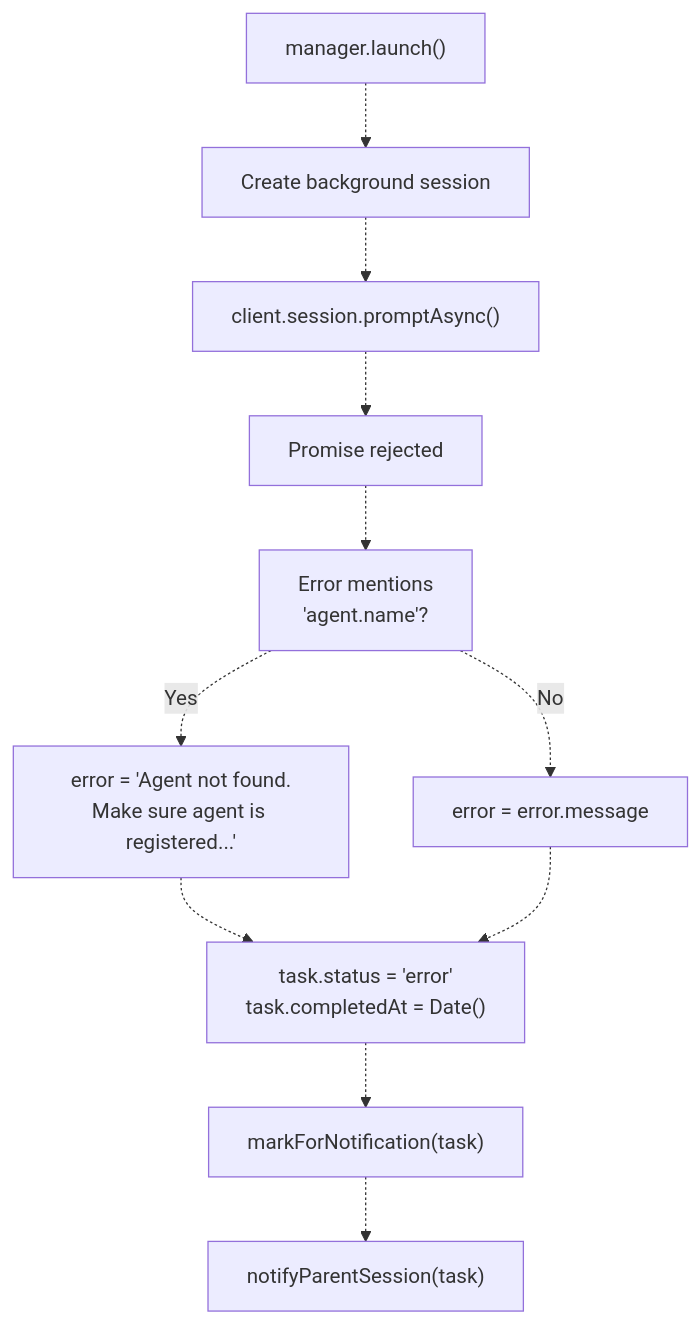
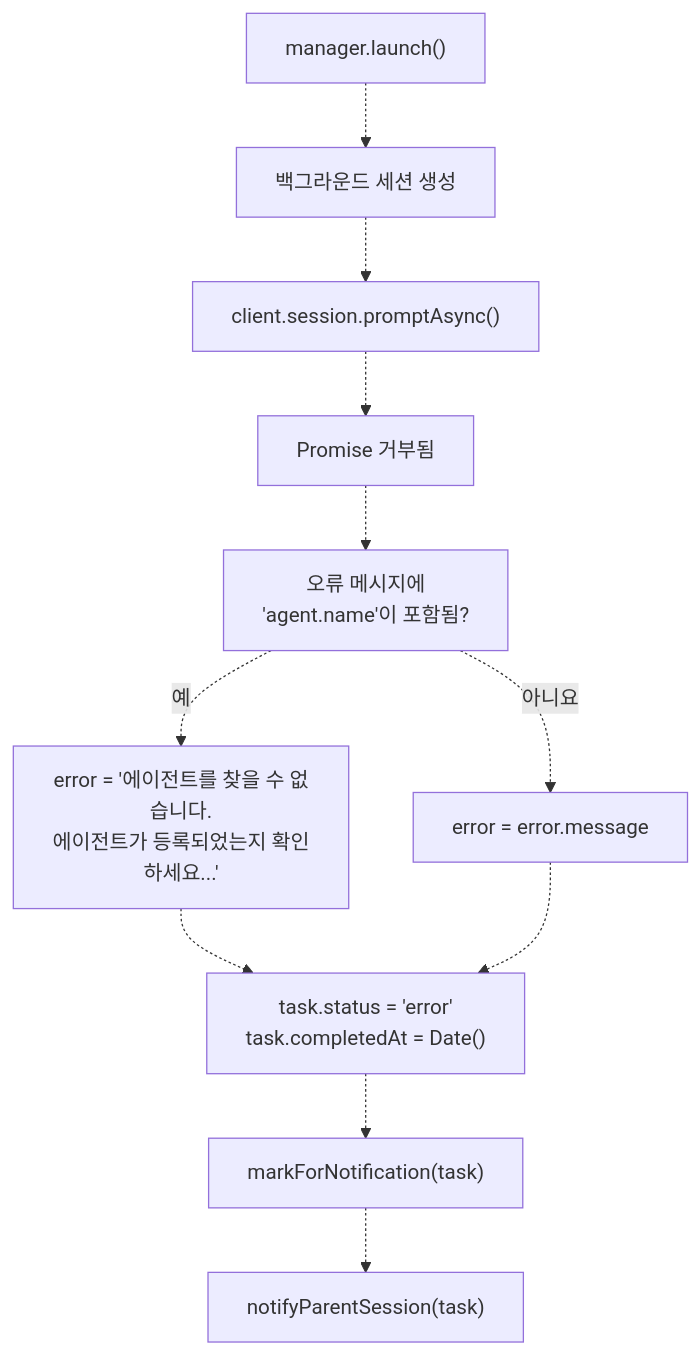
Diagram 11 of 14 in docs/background-execution/task-execution-and-polling.md (felipetruman/oh-my-opencode-docs), drawn with Mermaid before and after one commit. The commit also changed other lines of this file and 76 other files, not shown here.

````diff
--- a/docs/background-execution/task-execution-and-polling.md
+++ b/docs/background-execution/task-execution-and-polling.md
@@ -415,25 +415,25 @@
 ```mermaid
 flowchart TD
 
 Launch["manager.launch()"]
-Create["Create background session"]
+Create["백그라운드 세션 생성"]
 Prompt["client.session.promptAsync()"]
-Error["Promise rejected"]
-CheckAgent["Error mentions<br>'agent.name'?"]
-AgentError["error = 'Agent not found.<br>Make sure agent is registered...'"]
+Error["Promise 거부됨"]
+CheckAgent["오류 메시지에<br>'agent.name'이 포함됨?"]
+AgentError["error = '에이전트를 찾을 수 없습니다.<br>에이전트가 등록되었는지 확인하세요...'"]
 GenericError["error = error.message"]
 SetStatus["task.status = 'error'<br>task.completedAt = Date()"]
 Mark["markForNotification(task)"]
 Notify["notifyParentSession(task)"]
 
 Launch -.-> Create
 Create -.-> Prompt
 Prompt -.-> Error
 Error -.-> CheckAgent
-CheckAgent -.->|"Yes"| AgentError
-CheckAgent -.->|"No"| GenericError
+CheckAgent -.->|"예"| AgentError
+CheckAgent -.->|"아니요"| GenericError
 AgentError -.-> SetStatus
 GenericError -.-> SetStatus
 SetStatus -.-> Mark
 Mark -.-> Notify
 ```
````
